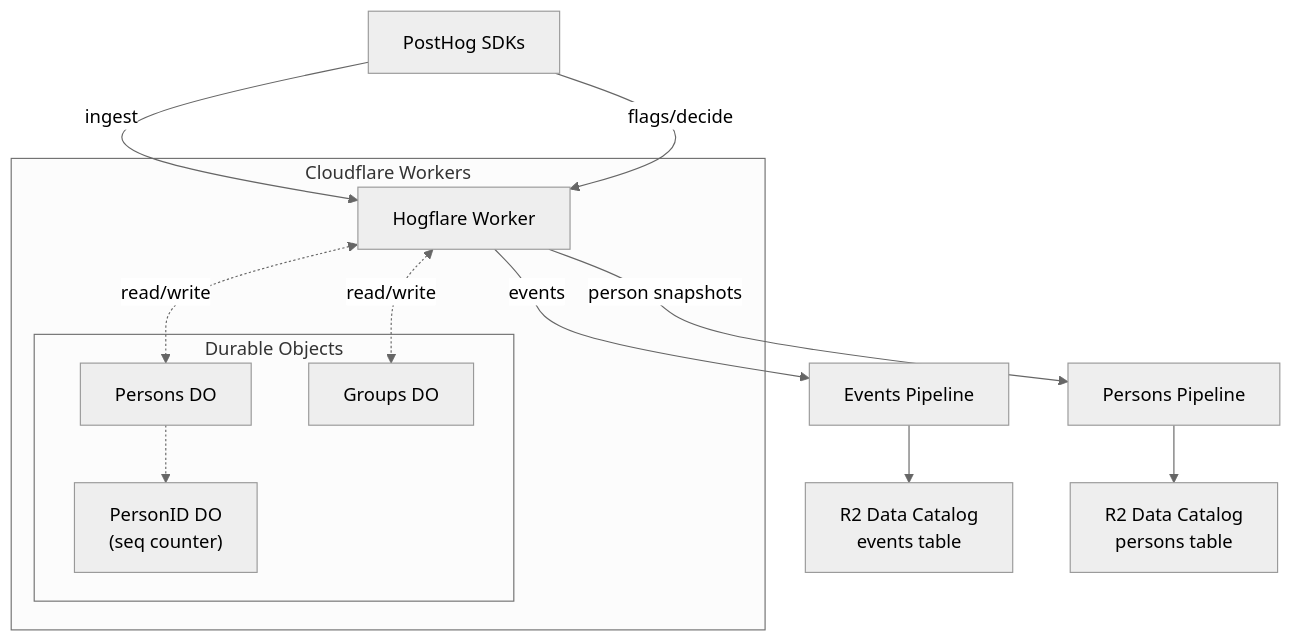
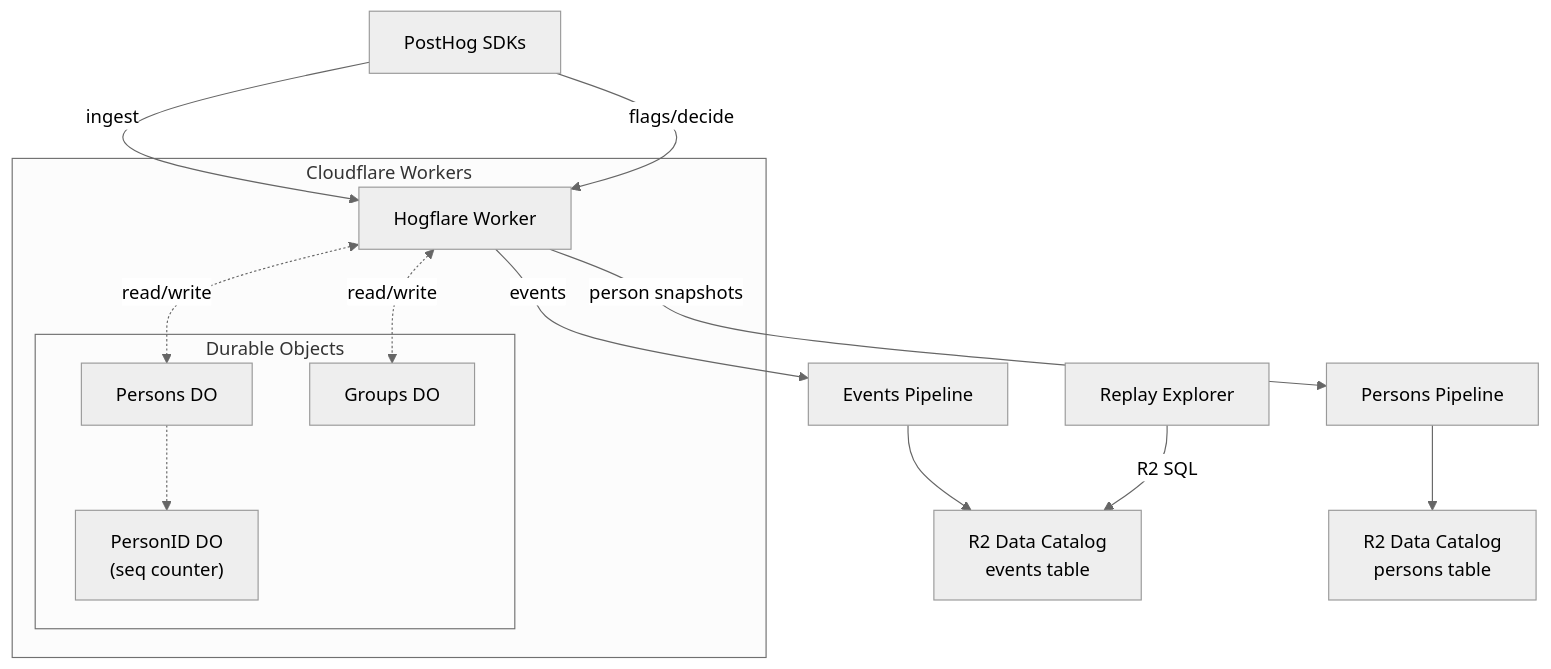
One commit to sidequery/hogflare changed the diagram in README.md. Above: the diagram before and after it, drawn with Mermaid (neutral theme). The commit also changed other lines of this file and 8 other files, not shown here.

````diff
--- a/README.md
+++ b/README.md
@@ -17,26 +28,28 @@
 ```mermaid
 flowchart TB
     SDKs["PostHog SDKs"]
 
     SDKs -->|"ingest"| Worker
     SDKs -->|"flags/decide"| Worker
 
     subgraph CF["Cloudflare Workers"]
         Worker["Hogflare Worker"]
 
         subgraph DOs["Durable Objects"]
             PersonsDO["Persons DO"]
             PersonIdDO["PersonID DO<br/>(seq counter)"]
             GroupsDO["Groups DO"]
         end
 
         Worker <-.->|"read/write"| PersonsDO
         Worker <-.->|"read/write"| GroupsDO
         PersonsDO -.-> PersonIdDO
     end
 
     Worker -->|"events"| EventsPipeline["Events Pipeline"]
     Worker -->|"person snapshots"| PersonsPipeline["Persons Pipeline"]
     EventsPipeline --> EventsR2["R2 Data Catalog<br/>events table"]
     PersonsPipeline --> PersonsR2["R2 Data Catalog<br/>persons table"]
+
+    ReplayUI["Replay Explorer"] -->|"R2 SQL"| EventsR2
 ```
````
